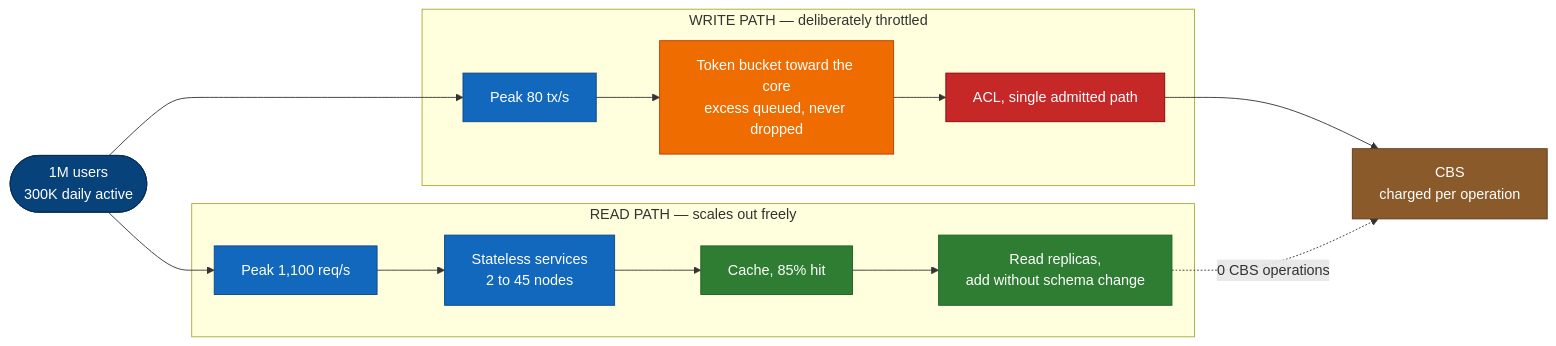
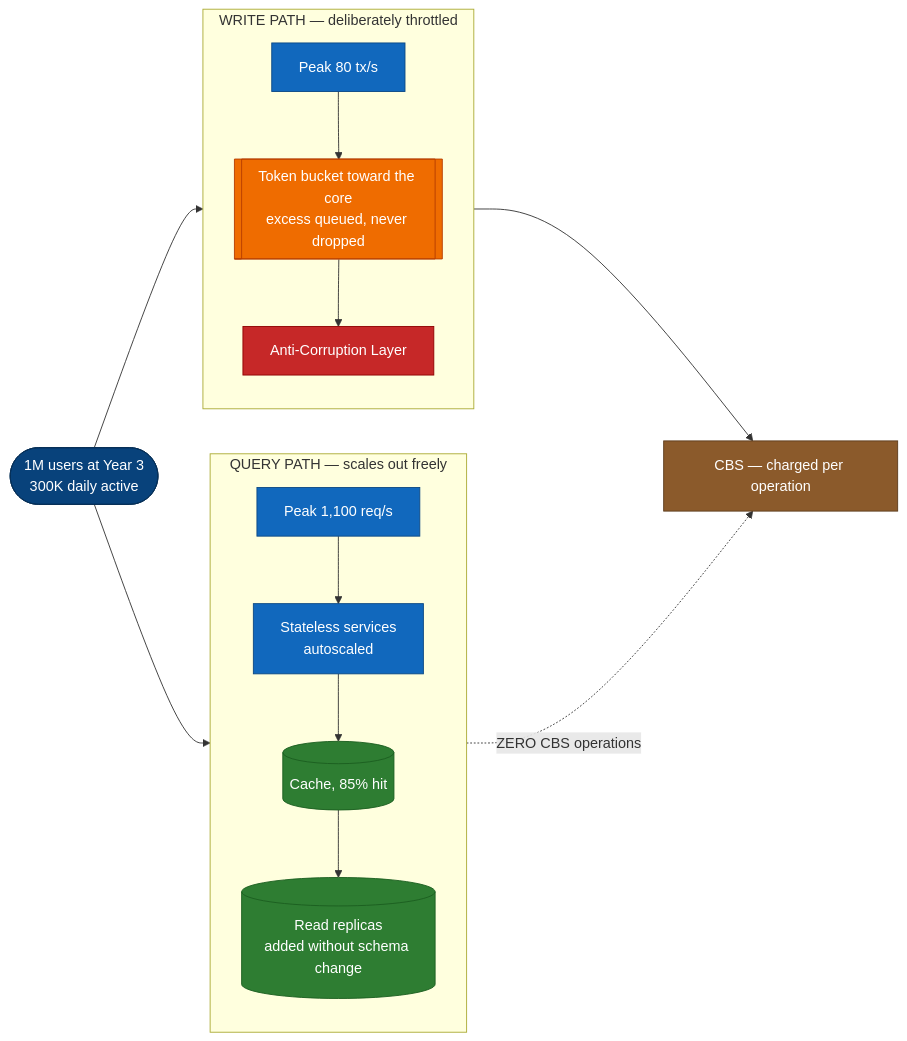
Diagram 15 of 15 in docs/solution/diagrams.md (sunnydubey1111/neobank-digital-leap), drawn with Mermaid before and after one commit. The commit also changed other lines of this file and 7 other files, not shown here.

````diff
--- a/docs/solution/diagrams.md
+++ b/docs/solution/diagrams.md
@@ -555,31 +674,32 @@
 ```mermaid
 flowchart LR
-    users(["1M users<br/>300K daily active"]):::person
+    users(["1M users at Year 3<br/>300K daily active"]):::person
 
-    subgraph readpath["READ PATH — scales out freely"]
+    subgraph readpath["QUERY PATH — scales out freely"]
+        direction TB
         r1["Peak 1,100 req/s"]:::svc
-        r2["Stateless services<br/>2 to 45 nodes"]:::svc
-        r3["Cache, 85% hit"]:::store
-        r4["Read replicas,<br/>add without schema change"]:::store
+        r2["Stateless services<br/>autoscaled"]:::svc
+        r3[("Cache, 85% hit")]:::store
+        r4[("Read replicas<br/>added without schema change")]:::store
     end
 
     subgraph writepath["WRITE PATH — deliberately throttled"]
+        direction TB
         w1["Peak 80 tx/s"]:::svc
-        w2["Token bucket toward the core<br/>excess queued, never dropped"]:::warn
-        w3["ACL, single admitted path"]:::acl
+        w2[["Token bucket toward the core<br/>excess queued, never dropped"]]:::boundary
+        w3["Anti-Corruption Layer"]:::acl
     end
 
-    cbs["CBS<br/>charged per operation"]:::legacy
+    cbs["CBS — charged per operation"]:::legacy
 
     users --> r1 --> r2 --> r3 --> r4
     users --> w1 --> w2 --> w3 --> cbs
-
-    r4 -.->|"0 CBS operations"| cbs
+    r4 -.->|ZERO CBS operations| cbs
 
     classDef person fill:#08427b,stroke:#052e56,color:#fff
     classDef svc fill:#1168bd,stroke:#0b4884,color:#fff
     classDef store fill:#2e7d32,stroke:#1b5e20,color:#fff
-    classDef warn fill:#ef6c00,stroke:#b53d00,color:#fff
+    classDef boundary fill:#ef6c00,stroke:#b53d00,color:#fff
     classDef acl fill:#c62828,stroke:#8e0000,color:#fff
     classDef legacy fill:#8b5a2b,stroke:#5c3c1d,color:#fff
 ```
````
